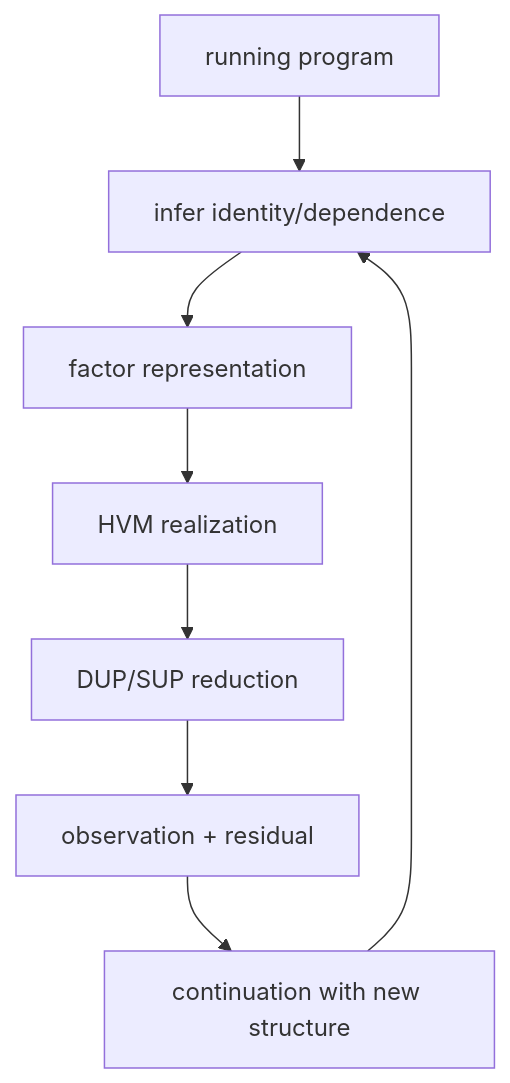
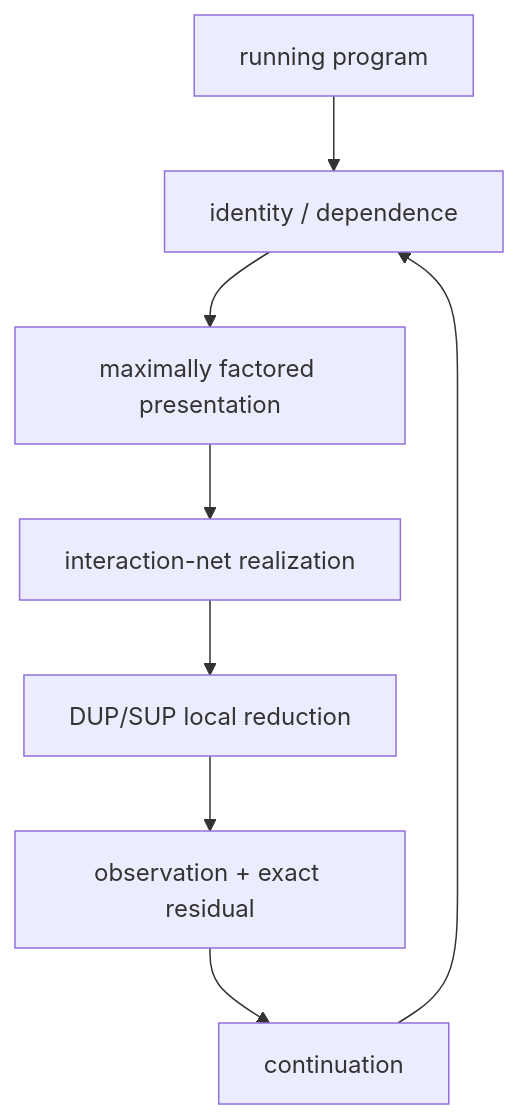
The sixth of 6 diagrams in collab/bend2-cubical/BEND_HVM_COMPUTATIONAL_UNIVALENCE.md (avikj/metacircular-interaction-prototype), drawn with Mermaid before and after one commit. The commit also changed other lines of this file, not shown here.

````diff
--- a/collab/bend2-cubical/BEND_HVM_COMPUTATIONAL_UNIVALENCE.md
+++ b/collab/bend2-cubical/BEND_HVM_COMPUTATIONAL_UNIVALENCE.md
@@ -355,10 +348,10 @@
 ```mermaid
 flowchart TD
-  P["running program"] --> I["infer identity/dependence"]
-  I --> F["factor representation"]
-  F --> N["HVM realization"]
-  N --> R["DUP/SUP reduction"]
-  R --> O["observation + residual"]
-  O --> C["continuation with new structure"]
-  C --> I
+  P["running program"] --> I["identity / dependence"]
+  I --> F["maximally factored presentation"]
+  F --> N["interaction-net realization"]
+  N --> R["DUP/SUP local reduction"]
+  R --> O["observation + exact residual"]
+  O --> K["continuation"]
+  K --> I
 ```
````
